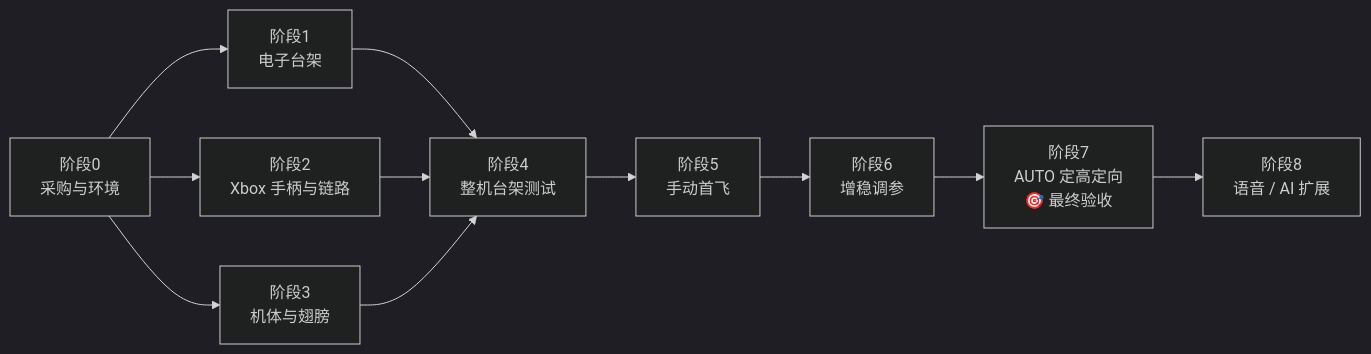
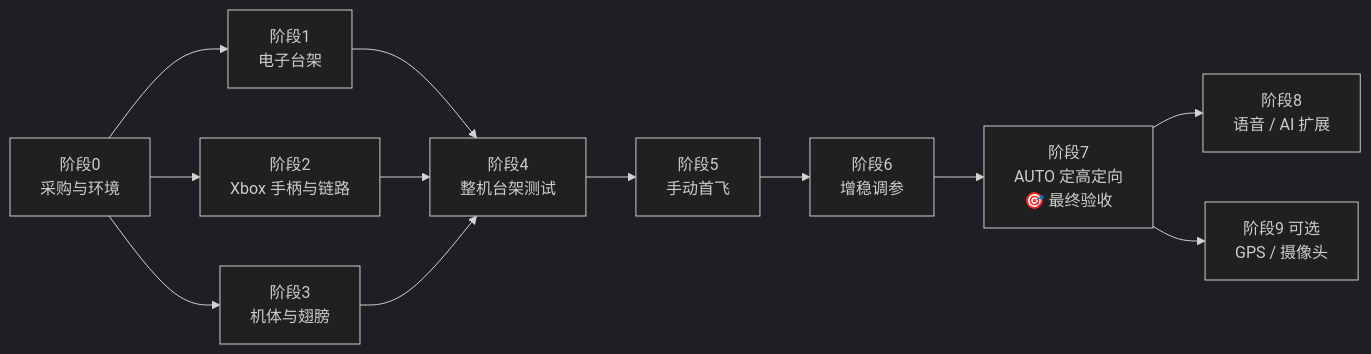
Before and after one commit to ouhanjun-wq/ou: the diagram in docs/build-plan.md, drawn with Mermaid (dark theme). The commit also changed other lines of this file and 2 other files, not shown here.

First line of the commit message:
Docs: GPS and camera extension with weight analysis

````diff
--- a/docs/build-plan.md
+++ b/docs/build-plan.md
@@ -14,13 +15,14 @@
 ```mermaid
 flowchart LR
   P0[阶段0<br/>采购与环境] --> P1[阶段1<br/>电子台架]
   P0 --> P2[阶段2<br/>Xbox 手柄与链路]
   P0 --> P3[阶段3<br/>机体与翅膀]
   P1 --> P4[阶段4<br/>整机台架测试]
   P2 --> P4
   P3 --> P4
   P4 --> P5[阶段5<br/>手动首飞]
   P5 --> P6[阶段6<br/>增稳调参]
   P6 --> P7[阶段7<br/>AUTO 定高定向<br/>🎯 最终验收]
   P7 --> P8[阶段8<br/>语音 / AI 扩展]
+  P7 --> P9[阶段9 可选<br/>GPS / 摄像头]
 ```
````
